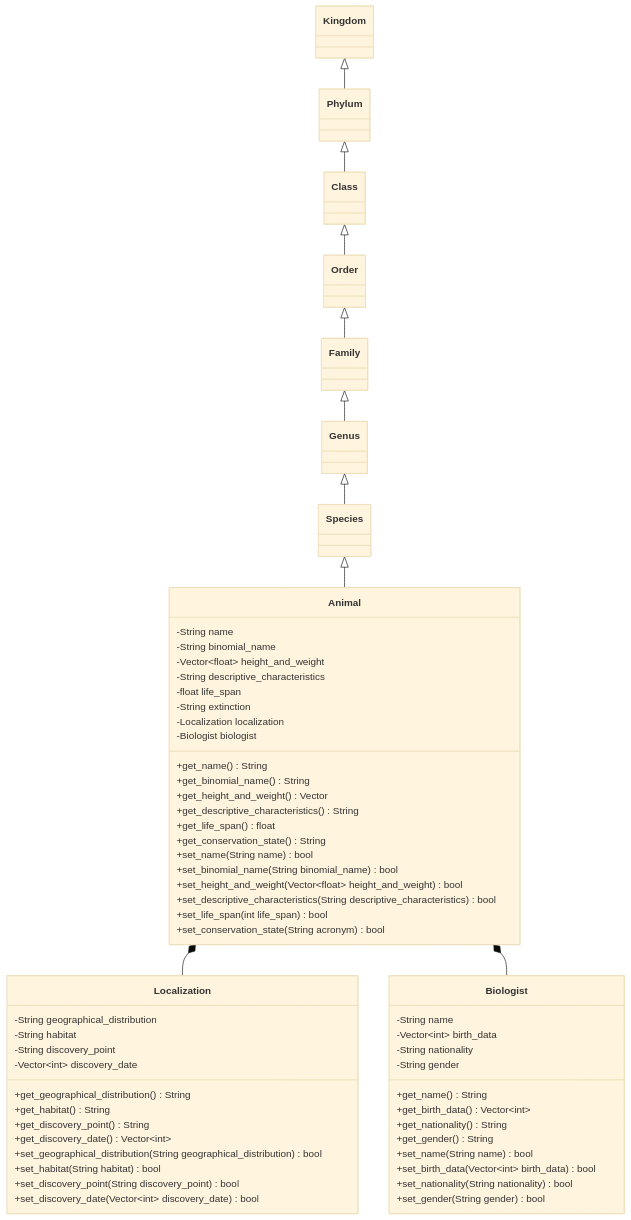
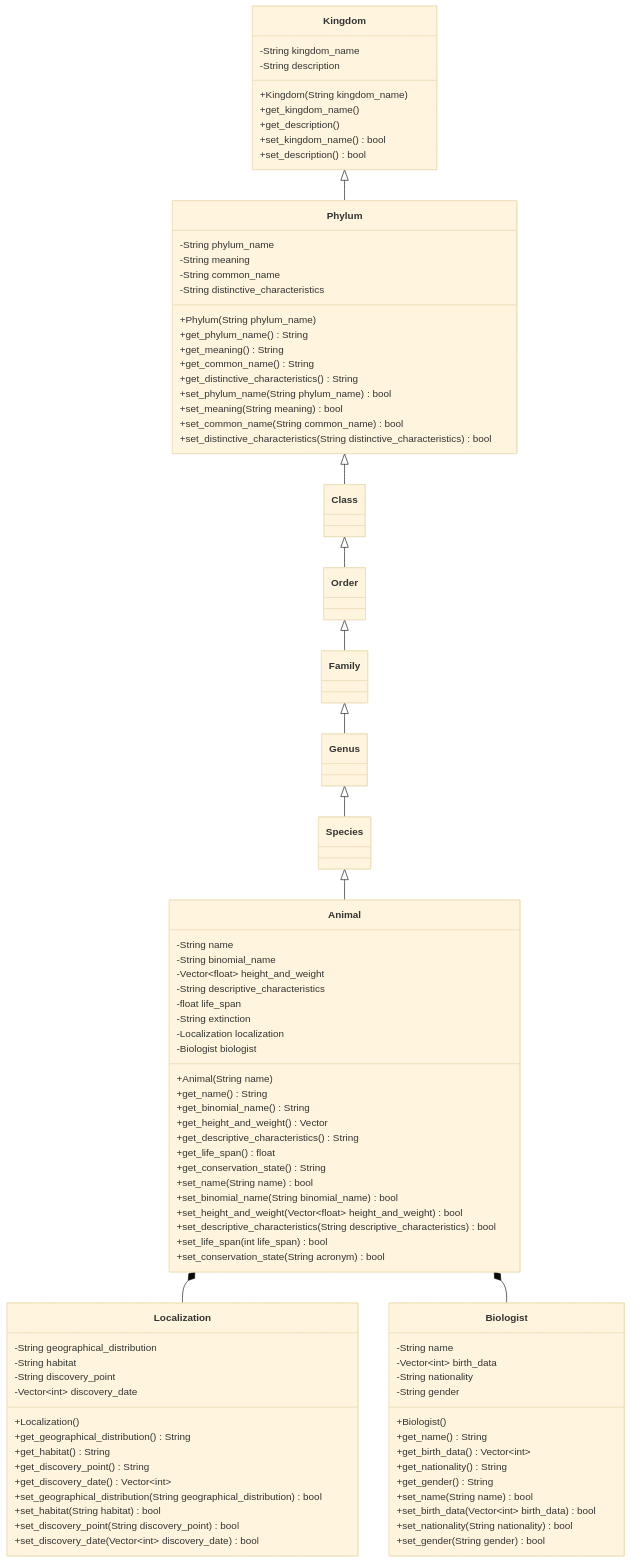
Before and after one commit to lukaian-k/assignment_POO: the diagram in README.md, drawn with Mermaid (base theme).

Commit message:
Implementando Reino e Filo no UML

```diff
--- a/README.md
+++ b/README.md
@@ -9,7 +9,35 @@
 	Species <|-- Animal
 	Animal *-- Localization
 	Animal *-- Biologist
-
+	
+	class Kingdom {
+		-String kingdom_name
+		-String description
+		
+		+Kingdom(String kingdom_name)
+		+get_kingdom_name()
+		+get_description()
+		+set_kingdom_name() bool
+		+set_description() bool
+		}
+	
+	class Phylum {
+		-String phylum_name
+		-String meaning
+		-String common_name
+		-String distinctive_characteristics
+		
+		+Phylum(String phylum_name)
+		+get_phylum_name() String
+		+get_meaning() String
+		+get_common_name() String
+		+get_distinctive_characteristics() String
+		+set_phylum_name(String phylum_name) bool
+		+set_meaning(String meaning) bool
+		+set_common_name(String common_name) bool
+		+set_distinctive_characteristics(String distinctive_characteristics) bool
+		}
+	
 	class Animal {
 		-String name
 		-String binomial_name
@@ -20,6 +48,7 @@
 		-Localization localization
 		-Biologist biologist
 		
+		+Animal(String name)
 		+get_name() String
 		+get_binomial_name() String
 		+get_height_and_weight() Vector
@@ -40,6 +69,7 @@
 		-String discovery_point
 		-Vector~int~ discovery_date
 		
+		+Localization()
 		+get_geographical_distribution() String
 		+get_habitat() String
 		+get_discovery_point() String
@@ -56,6 +86,7 @@
 		-String nationality
 		-String gender
 		
+		+Biologist()
 		+get_name() String
 		+get_birth_data() Vector~int~
 		+get_nationality() String
```
